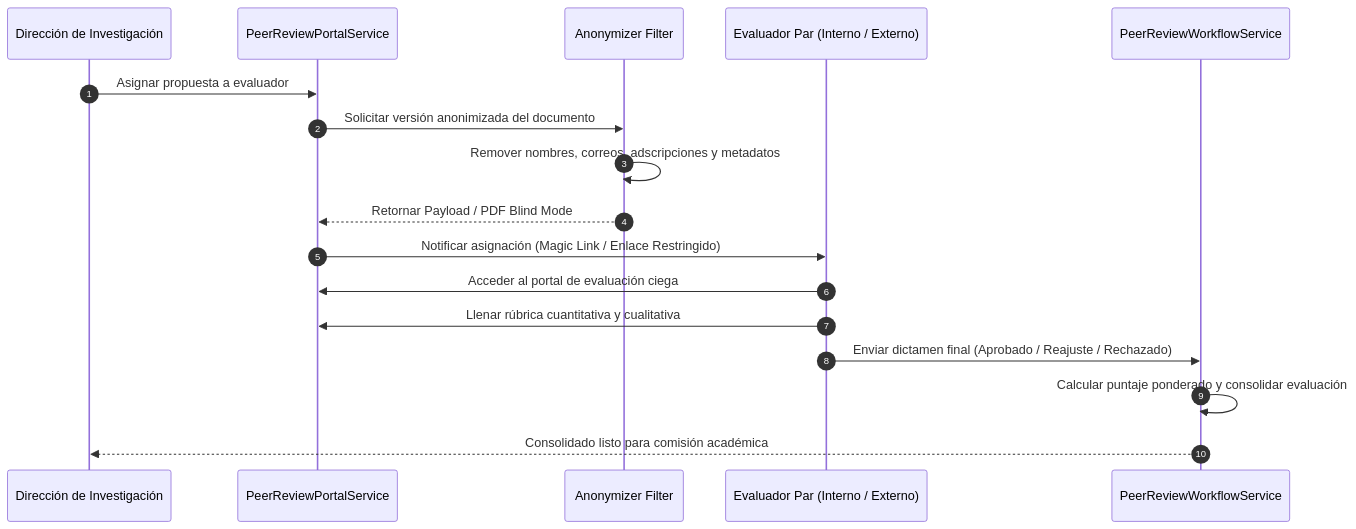
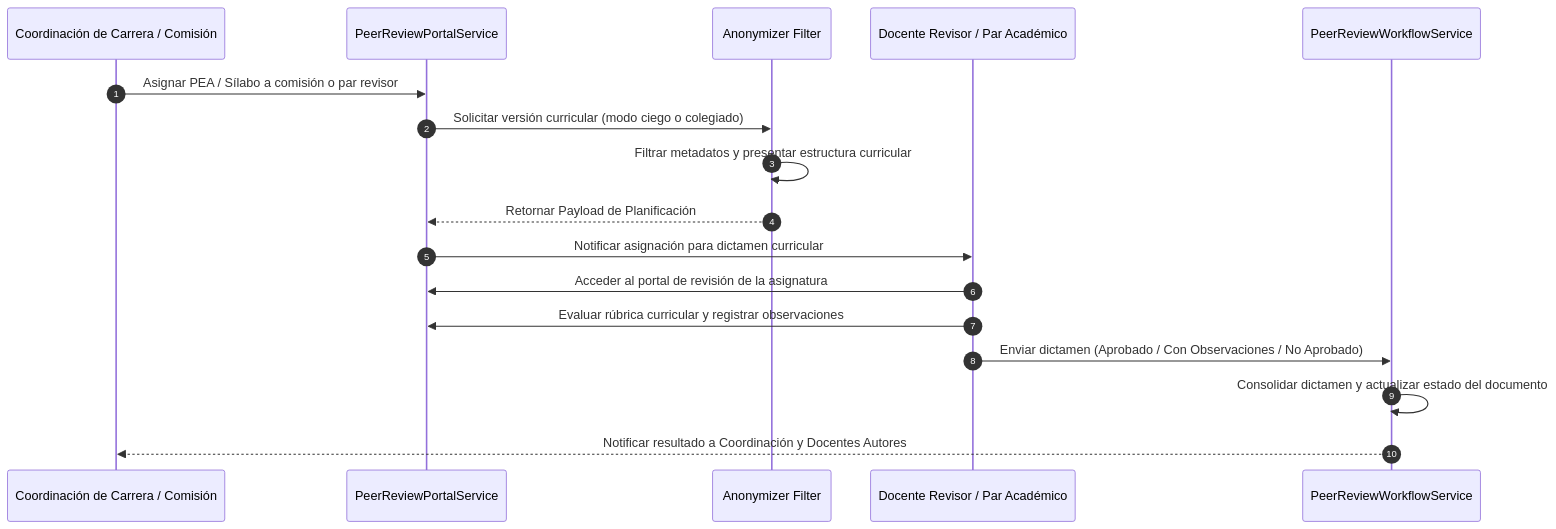
The diagram in docs/documentacion/03-motores-especializados/03-motor-evaluacion-pares-ciegos.md (JorgeDoicela/dosier), drawn with Mermaid before and after one commit. The commit also changed other lines of this file and 29 other files, not shown here.

````diff
--- a/docs/documentacion/03-motores-especializados/03-motor-evaluacion-pares-ciegos.md
+++ b/docs/documentacion/03-motores-especializados/03-motor-evaluacion-pares-ciegos.md
@@ -13,20 +13,20 @@
 ```mermaid
 sequenceDiagram
     autonumber
-    participant Admin as Dirección de Investigación
+    participant Coord as Coordinación de Carrera / Comisión
     participant Portal as PeerReviewPortalService
     participant Anon as Anonymizer Filter
-    participant Evaluator as Evaluador Par (Interno / Externo)
+    participant Evaluator as Docente Revisor / Par Académico
     participant Engine as PeerReviewWorkflowService
 
-    Admin->>Portal: Asignar propuesta a evaluador
-    Portal->>Anon: Solicitar versión anonimizada del documento
-    Anon->>Anon: Remover nombres, correos, adscripciones y metadatos
-    Anon-->>Portal: Retornar Payload / PDF Blind Mode
-    Portal->>Evaluator: Notificar asignación (Magic Link / Enlace Restringido)
-    Evaluator->>Portal: Acceder al portal de evaluación ciega
-    Evaluator->>Portal: Llenar rúbrica cuantitativa y cualitativa
-    Evaluator->>Engine: Enviar dictamen final (Aprobado / Reajuste / Rechazado)
-    Engine->>Engine: Calcular puntaje ponderado y consolidar evaluación
-    Engine-->>Admin: Consolidado listo para comisión académica
+    Coord->>Portal: Asignar PEA / Sílabo a comisión o par revisor
+    Portal->>Anon: Solicitar versión curricular (modo ciego o colegiado)
+    Anon->>Anon: Filtrar metadatos y presentar estructura curricular
+    Anon-->>Portal: Retornar Payload de Planificación
+    Portal->>Evaluator: Notificar asignación para dictamen curricular
+    Evaluator->>Portal: Acceder al portal de revisión de la asignatura
+    Evaluator->>Portal: Evaluar rúbrica curricular y registrar observaciones
+    Evaluator->>Engine: Enviar dictamen (Aprobado / Con Observaciones / No Aprobado)
+    Engine->>Engine: Consolidar dictamen y actualizar estado del documento
+    Engine-->>Coord: Notificar resultado a Coordinación y Docentes Autores
 ```
````
